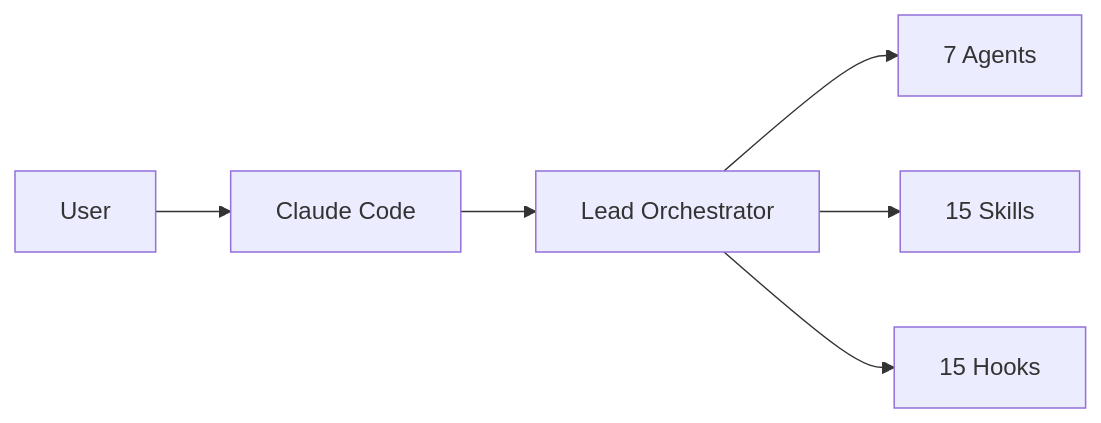
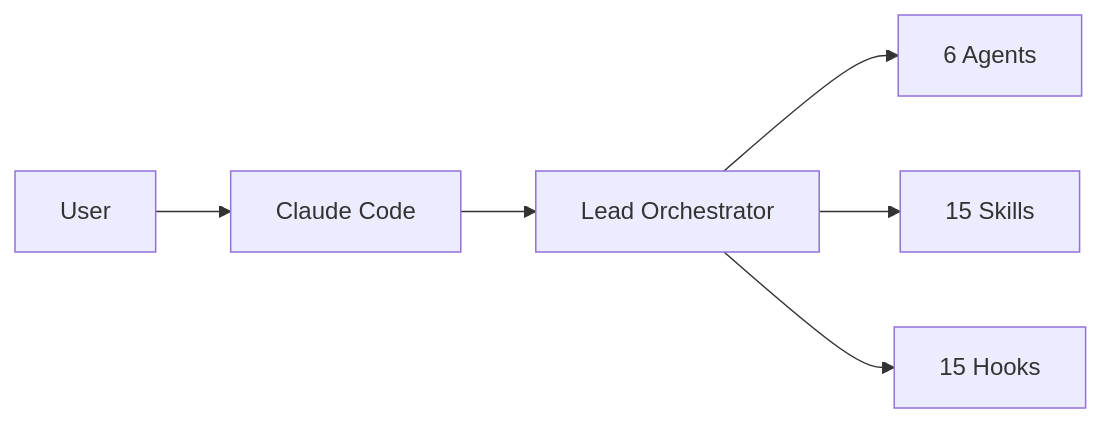
The first of 2 diagrams in CLAUDE.md (MaciWP/claude-code-poneglyph), drawn with Mermaid before and after one commit. The commit also changed other lines of this file and 3 other files, not shown here.

````diff
--- a/CLAUDE.md
+++ b/CLAUDE.md
@@ -61,8 +61,8 @@
 ```mermaid
 graph LR
     User --> CC[Claude Code]
     CC --> Orch[Lead Orchestrator]
-    Orch --> Agents[7 Agents]
+    Orch --> Agents[6 Agents]
     Orch --> Skills[15 Skills]
     Orch --> Hooks[15 Hooks]
 ```
````
